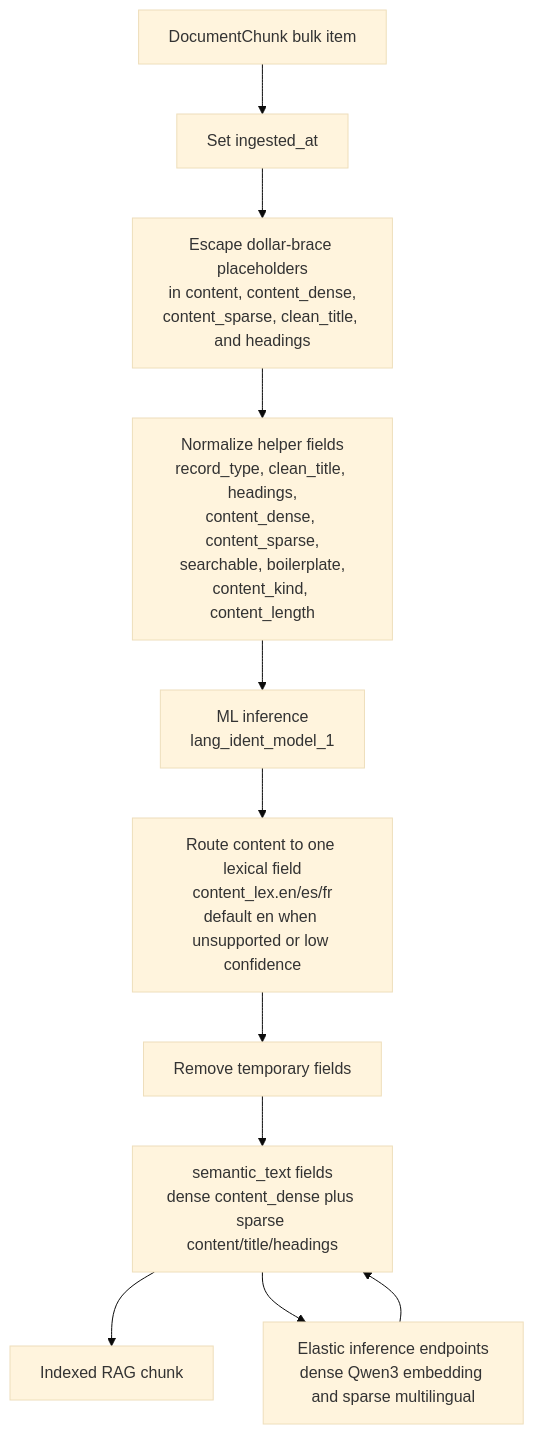
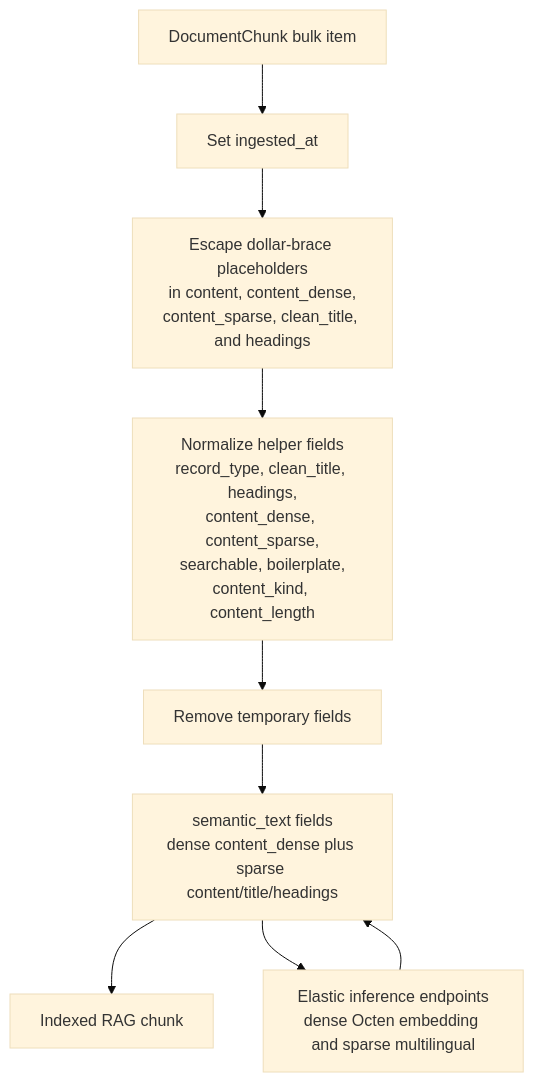
The second of 3 diagrams in docs/ingest-server-pipeline-workflow.md (alrolo3/ingest-server-orquestator), drawn with Mermaid (base theme) before and after one commit. The commit also changed other lines of this file and 128 other files, not shown here.

````diff
--- a/docs/ingest-server-pipeline-workflow.md
+++ b/docs/ingest-server-pipeline-workflow.md
@@ -258,16 +257,14 @@
 ```mermaid
 flowchart TD
     chunk[DocumentChunk bulk item]
     ts[Set ingested_at]
     escape[Escape dollar-brace placeholders<br/>in content, content_dense,<br/>content_sparse, clean_title, and headings]
     normalize[Normalize helper fields<br/>record_type, clean_title, headings,<br/>content_dense, content_sparse,<br/>searchable, boilerplate,<br/>content_kind, content_length]
-    lang[ML inference<br/>lang_ident_model_1]
-    route[Route content to one lexical field<br/>content_lex.en/es/fr<br/>default en when unsupported or low confidence]
     remove[Remove temporary fields]
     semantic[semantic_text fields<br/>dense content_dense plus sparse content/title/headings]
-    endpoint[Elastic inference endpoints<br/>dense Qwen3 embedding and sparse multilingual]
+    endpoint[Elastic inference endpoints<br/>dense Octen embedding and sparse multilingual]
     indexed[Indexed RAG chunk]
 
-    chunk --> ts --> escape --> normalize --> lang --> route --> remove --> semantic --> indexed
+    chunk --> ts --> escape --> normalize --> remove --> semantic --> indexed
     semantic --> endpoint --> semantic
 ```
````
